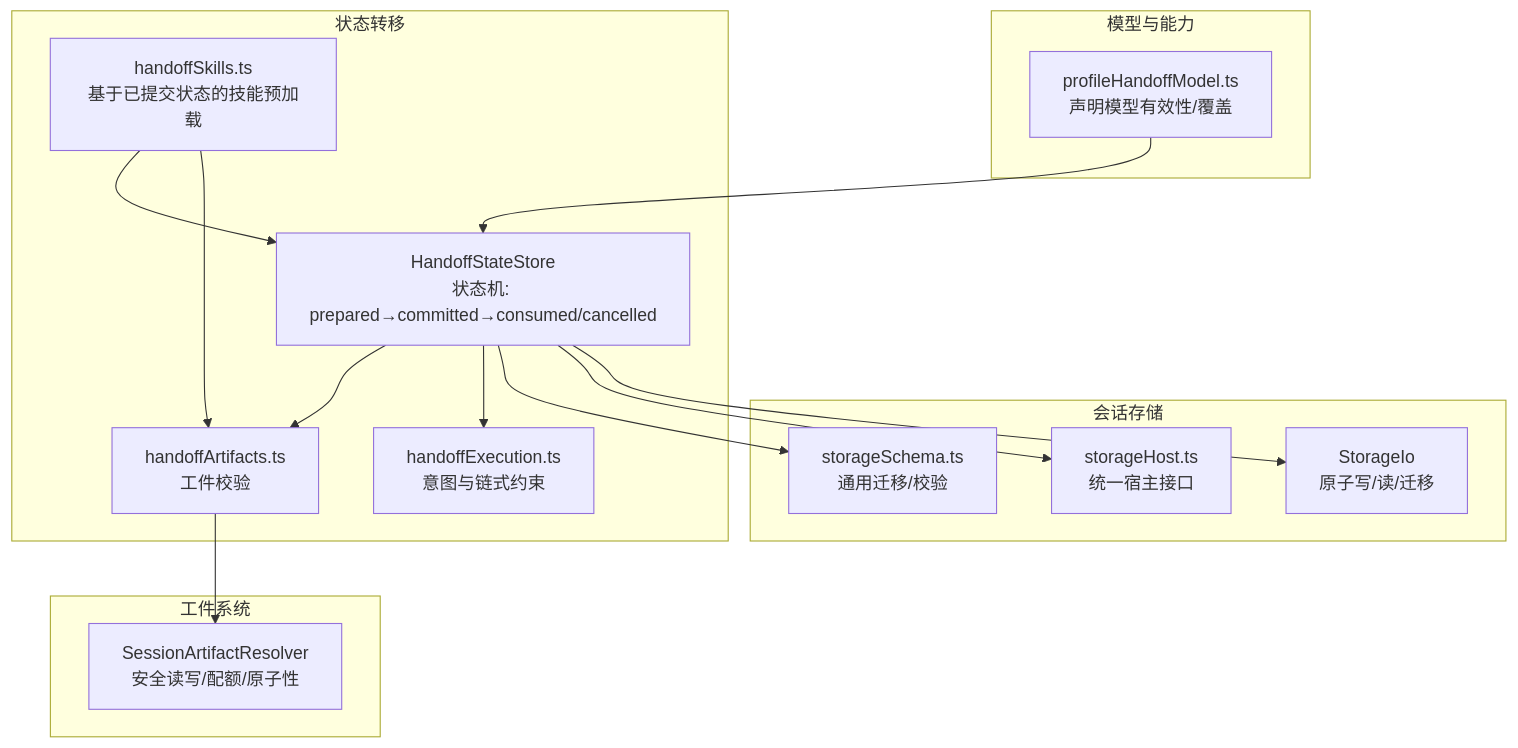
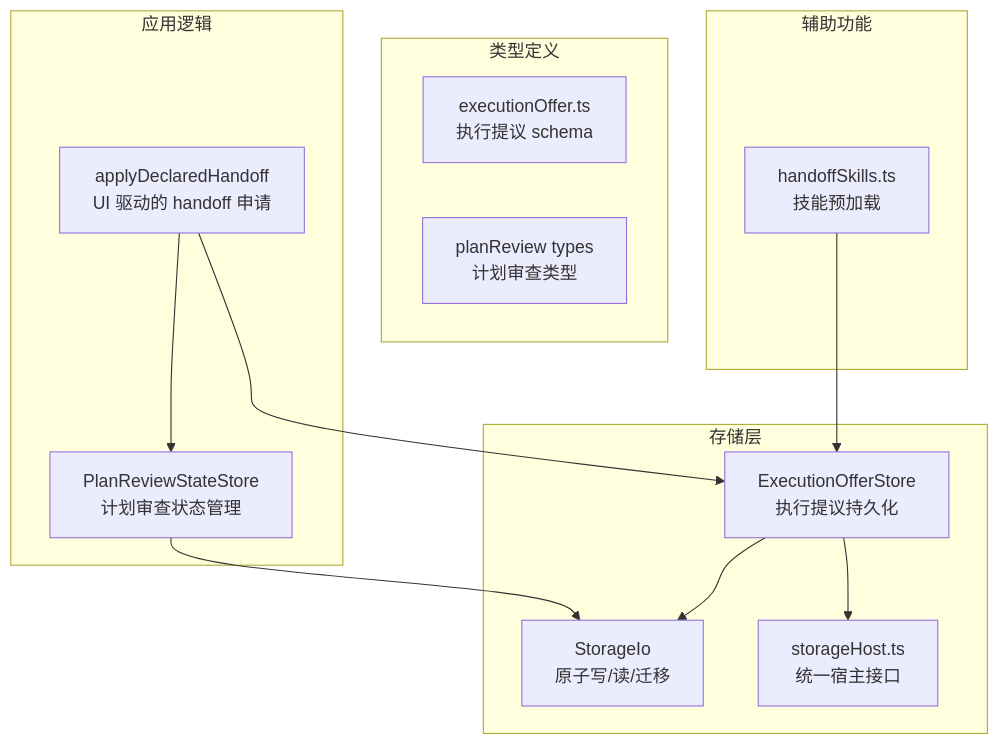
One commit to haolange/RDC-Agent changed the first of 5 diagrams in .qoder/repowiki/zh/content/核心模块/会话管理系统/状态转移管理.md. Above: the diagram before and after it, drawn with Mermaid. The commit also changed other lines of this file and 90 other files, not shown here.

````diff
--- a/.qoder/repowiki/zh/content/核心模块/会话管理系统/状态转移管理.md
+++ b/.qoder/repowiki/zh/content/核心模块/会话管理系统/状态转移管理.md
@@ -40,29 +46,25 @@
 ```mermaid
 graph TB
-subgraph "会话存储"
-A["StorageIo<br/>原子写/读/迁移"]
-B["storageHost.ts<br/>统一宿主接口"]
-C["storageSchema.ts<br/>通用迁移/校验"]
+subgraph "应用逻辑"
+A["applyDeclaredHandoff<br/>UI 驱动的 handoff 申请"]
+B["PlanReviewStateStore<br/>计划审查状态管理"]
 end
-subgraph "状态转移"
-D["HandoffStateStore<br/>状态机: prepared→committed→consumed/cancelled"]
-E["handoffExecution.ts<br/>意图与链式约束"]
-F["handoffArtifacts.ts<br/>工件校验"]
-G["handoffSkills.ts<br/>基于已提交状态的技能预加载"]
+subgraph "存储层"
+C["ExecutionOfferStore<br/>执行提议持久化"]
+D["StorageIo<br/>原子写/读/迁移"]
+E["storageHost.ts<br/>统一宿主接口"]
 end
-subgraph "模型与能力"
-H["profileHandoffModel.ts<br/>声明模型有效性/覆盖"]
+subgraph "类型定义"
+F["executionOffer.ts<br/>执行提议 schema"]
+G["planReview types<br/>计划审查类型"]
 end
-subgraph "工件系统"
-I["SessionArtifactResolver<br/>安全读写/配额/原子性"]
+subgraph "辅助功能"
+H["handoffSkills.ts<br/>技能预加载"]
 end
-D --> A
-D --> B
-D --> C
-D --> E
-D --> F
-G --> F
-G --> D
-H --> D
-F --> I
+A --> C
+A --> B
+B --> D
+C --> D
+C --> E
+H --> C
 ```
````
